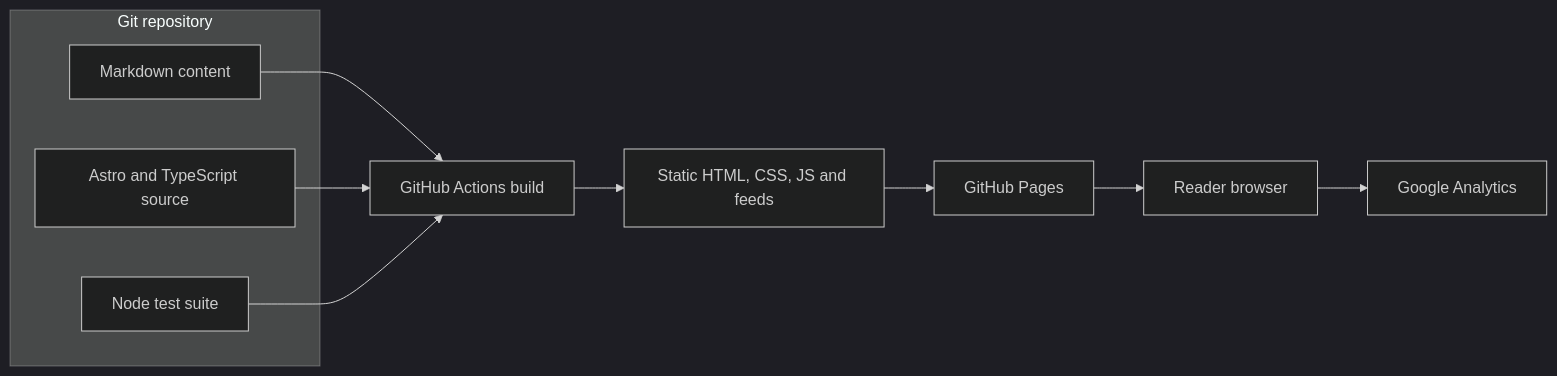
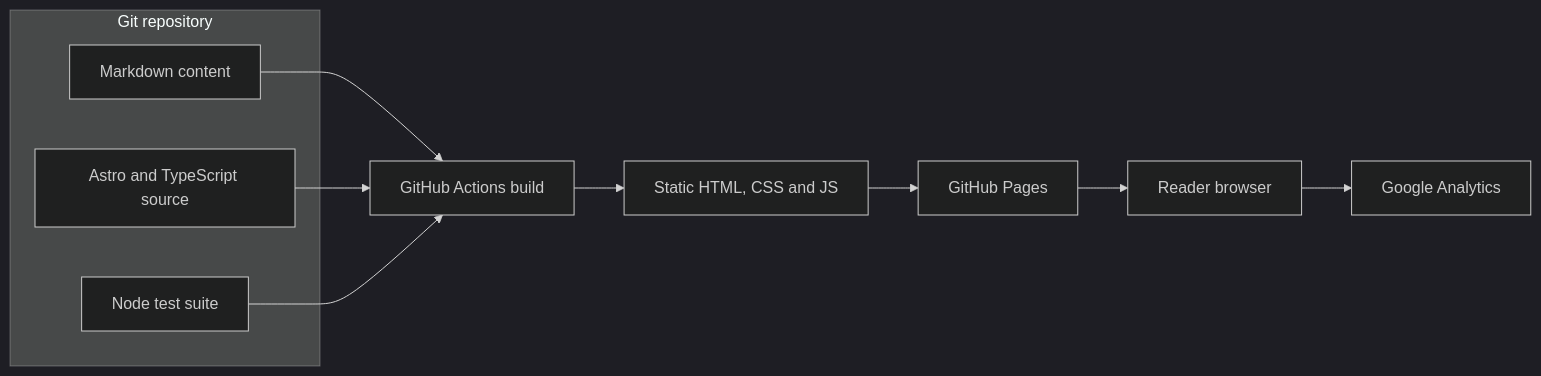
Before and after one commit to qi7876/qi7876.github.io: the diagram in docs/architecture/containers.md, drawn with Mermaid (dark theme). The commit also changed other lines of this file and 17 other files, not shown here.

````diff
--- a/docs/architecture/containers.md
+++ b/docs/architecture/containers.md
@@ -3,22 +3,22 @@
 ```mermaid
 flowchart LR
   subgraph repository[Git repository]
     content[Markdown content]
     source[Astro and TypeScript source]
     tests[Node test suite]
   end
 
   action[GitHub Actions build]
-  artifact[Static HTML, CSS, JS and feeds]
+  artifact[Static HTML, CSS and JS]
   pages[GitHub Pages]
   browser[Reader browser]
   analytics[Google Analytics]
 
   content --> action
   source --> action
   tests --> action
   action --> artifact
   artifact --> pages
   pages --> browser
   browser --> analytics
 ```
````
